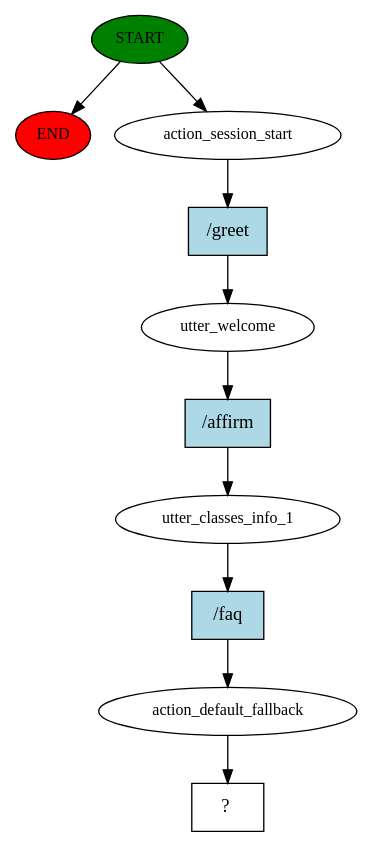
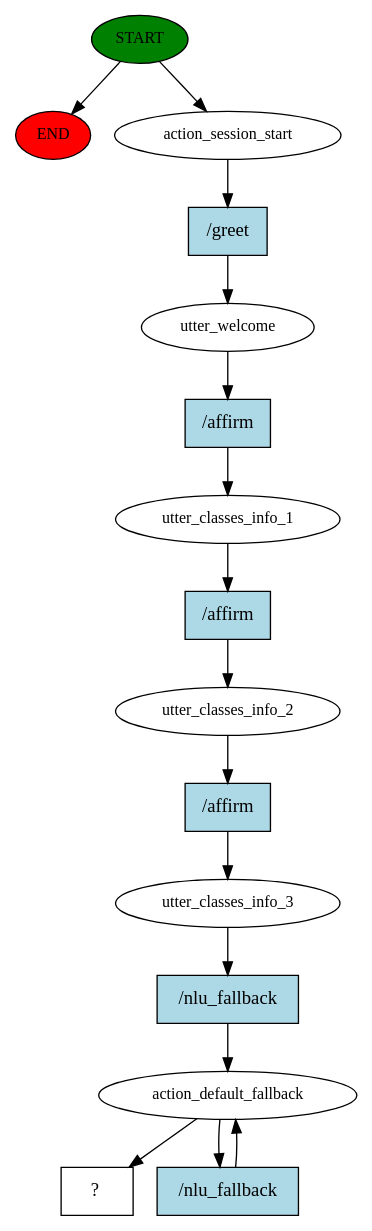
The diagram in story_graph.dot (Gigit-AI-Corporation/rasa), drawn with Graphviz before and after one commit. The commit also changed 2 other files, not shown here.

```diff
--- a/story_graph.dot
+++ b/story_graph.dot
@@ -1,21 +1,32 @@
 digraph  {
 0 [class="start active", fillcolor=green, fontsize=12, label=START, style=filled];
 "-1" [class=end, fillcolor=red, fontsize=12, label=END, style=filled];
 1 [class=active, fontsize=12, label=action_session_start];
 2 [class=active, fontsize=12, label=utter_welcome];
 3 [class=active, fontsize=12, label=utter_classes_info_1];
-4 [class=active, fontsize=12, label=action_default_fallback];
-5 [class="intent dashed active", label="  ?  ", shape=rect];
-6 [class="intent active", fillcolor=lightblue, label="/greet", shape=rect, style=filled];
-7 [class="intent active", fillcolor=lightblue, label="/affirm", shape=rect, style=filled];
-8 [class="intent active", fillcolor=lightblue, label="/faq", shape=rect, style=filled];
+4 [class=active, fontsize=12, label=utter_classes_info_2];
+5 [class=active, fontsize=12, label=utter_classes_info_3];
+6 [class=active, fontsize=12, label=action_default_fallback];
+8 [class="intent dashed active", label="  ?  ", shape=rect];
+9 [class="intent active", fillcolor=lightblue, label="/greet", shape=rect, style=filled];
+10 [class="intent active", fillcolor=lightblue, label="/affirm", shape=rect, style=filled];
+11 [class="intent active", fillcolor=lightblue, label="/affirm", shape=rect, style=filled];
+12 [class="intent active", fillcolor=lightblue, label="/affirm", shape=rect, style=filled];
+13 [class="intent active", fillcolor=lightblue, label="/nlu_fallback", shape=rect, style=filled];
+14 [class="intent active", fillcolor=lightblue, label="/nlu_fallback", shape=rect, style=filled];
 0 -> "-1"  [class="", key=NONE, label=""];
 0 -> 1  [class=active, key=NONE, label=""];
-1 -> 6  [class=active, key=0];
-2 -> 7  [class=active, key=0];
-3 -> 8  [class=active, key=0];
-4 -> 5  [class=active, key=NONE, label=""];
-6 -> 2  [class=active, key=0];
-7 -> 3  [class=active, key=0];
-8 -> 4  [class=active, key=0];
+1 -> 9  [class=active, key=0];
+2 -> 10  [class=active, key=0];
+3 -> 11  [class=active, key=0];
+4 -> 12  [class=active, key=0];
+5 -> 13  [class=active, key=0];
+6 -> 8  [class=active, key=NONE, label=""];
+6 -> 14  [class=active, key=0];
+9 -> 2  [class=active, key=0];
+10 -> 3  [class=active, key=0];
+11 -> 4  [class=active, key=0];
+12 -> 5  [class=active, key=0];
+13 -> 6  [class=active, key=0];
+14 -> 6  [class=active, key=0];
 }
```
